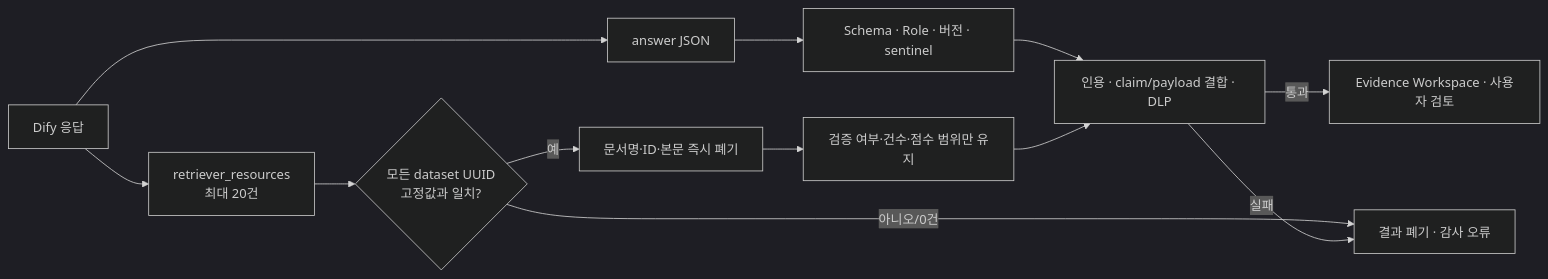
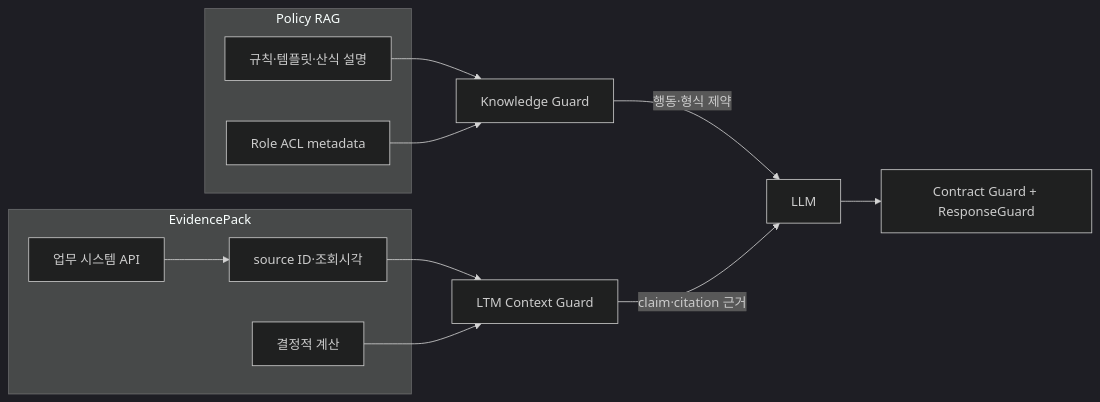
One commit to dongyi-kim/lake-task-manager changed the fourth of 7 diagrams in docs/MAXIS_DIFY_MIGRATION.md. Above: the diagram before and after it, drawn with Mermaid (dark theme). The commit also changed other lines of this file and 63 other files, not shown here.

````diff
--- a/docs/MAXIS_DIFY_MIGRATION.md
+++ b/docs/MAXIS_DIFY_MIGRATION.md
@@ -342,14 +158,21 @@
-```mermaid
+~~~mermaid
 flowchart LR
-    DR[Dify 응답] --> A[answer JSON]
-    DR --> RM[retriever_resources<br/>최대 20건]
-    RM --> DV{모든 dataset UUID<br/>고정값과 일치?}
-    DV -->|아니오/0건| X[결과 폐기 · 감사 오류]
-    DV -->|예| DROP[문서명·ID·본문 즉시 폐기]
-    DROP --> SAFE[검증 여부·건수·점수 범위만 유지]
-    A --> SG[Schema · Role · 버전 · sentinel]
-    SG --> CG[인용 · claim/payload 결합 · DLP]
-    SAFE --> CG
-    CG -->|통과| EW[Evidence Workspace · 사용자 검토]
-    CG -->|실패| X
-```
+    subgraph POLICY["Policy RAG"]
+        DOC[규칙·템플릿·산식 설명]
+        META[Role ACL metadata]
+    end
+
+    subgraph FACT["EvidencePack"]
+        API[업무 시스템 API]
+        SRC[source ID·조회시각]
+        CALC[결정적 계산]
+    end
+
+    DOC --> KGUARD[Knowledge Guard]
+    META --> KGUARD
+    API --> SRC --> EPGUARD[LTM Context Guard]
+    CALC --> EPGUARD
+    KGUARD -->|행동·형식 제약| LLM
+    EPGUARD -->|claim·citation 근거| LLM
+    LLM --> DUAL[Contract Guard + ResponseGuard]
+~~~
````
